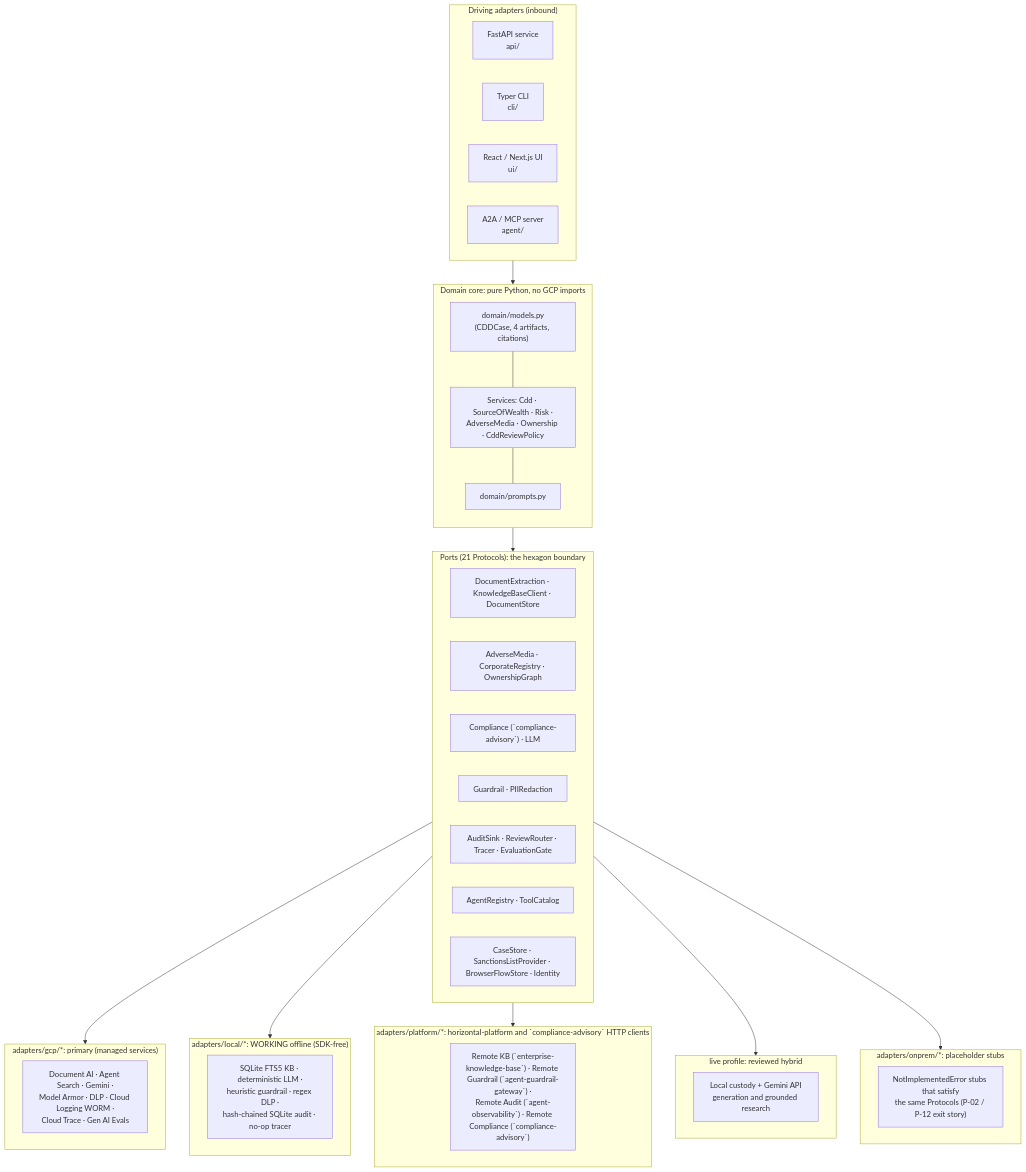
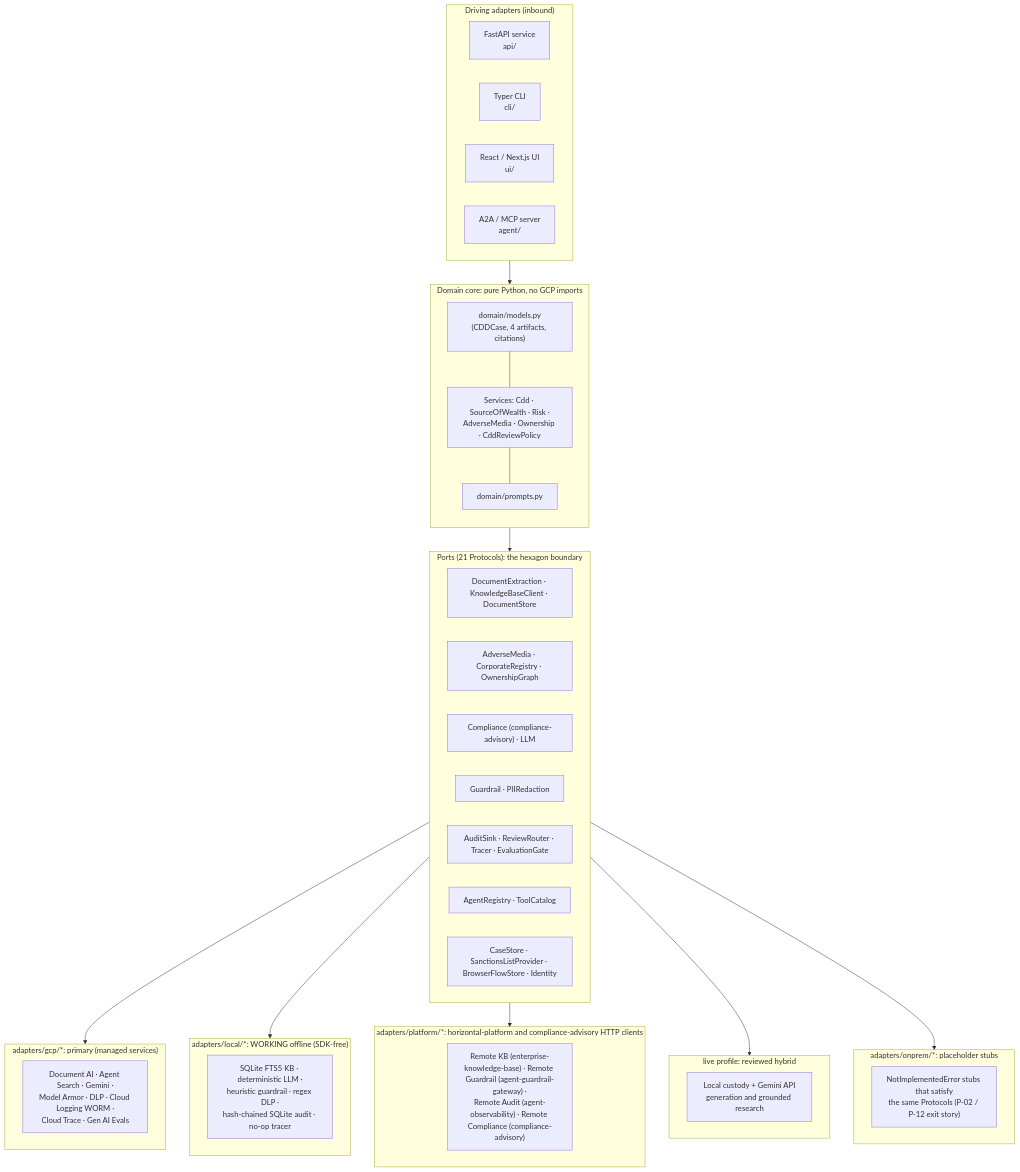
One commit to portable-genai/cdd-sow-research changed the first of 3 diagrams in README.md. Above: the diagram before and after it, drawn with Mermaid. The commit also changed other lines of this file and 24 other files, not shown here.

````diff
--- a/README.md
+++ b/README.md
@@ -64,51 +64,51 @@
 ```mermaid
 flowchart TB
     subgraph edges["Driving adapters (inbound)"]
         API["FastAPI service<br/>api/"]
         CLI["Typer CLI<br/>cli/"]
         UI["React / Next.js UI<br/>ui/"]
         A2A["A2A / MCP server<br/>agent/"]
     end
 
     subgraph core["Domain core: pure Python, no GCP imports"]
         direction TB
         MODELS["domain/models.py<br/>(CDDCase, 4 artifacts, citations)"]
         SVCS["Services: Cdd · SourceOfWealth · Risk ·<br/>AdverseMedia · Ownership · CddReviewPolicy"]
         PROMPTS["domain/prompts.py"]
         MODELS --- SVCS --- PROMPTS
     end
 
     subgraph ports["Ports (21 Protocols): the hexagon boundary"]
         P1["DocumentExtraction · KnowledgeBaseClient · DocumentStore"]
         P2["AdverseMedia · CorporateRegistry · OwnershipGraph"]
-        P3["Compliance (`compliance-advisory`) · LLM"]
+        P3["Compliance (compliance-advisory) · LLM"]
         P4["Guardrail · PIIRedaction"]
         P5["AuditSink · ReviewRouter · Tracer · EvaluationGate"]
         P6["AgentRegistry · ToolCatalog"]
         P7["CaseStore · SanctionsListProvider · BrowserFlowStore · Identity"]
     end
 
     subgraph gcp["adapters/gcp/*: primary (managed services)"]
         G["Document AI · Agent Search · Gemini ·<br/>Model Armor · DLP · Cloud Logging WORM ·<br/>Cloud Trace · Gen AI Evals"]
     end
     subgraph loc["adapters/local/*: WORKING offline (SDK-free)"]
         LO["SQLite FTS5 KB · deterministic LLM ·<br/>heuristic guardrail · regex DLP ·<br/>hash-chained SQLite audit · no-op tracer"]
     end
-    subgraph plat["adapters/platform/*: horizontal-platform and `compliance-advisory` HTTP clients"]
-        PL["Remote KB (`enterprise-knowledge-base`) · Remote Guardrail (`agent-guardrail-gateway`) ·<br/>Remote Audit (`agent-observability`) · Remote Compliance (`compliance-advisory`)"]
+    subgraph plat["adapters/platform/*: horizontal-platform and compliance-advisory HTTP clients"]
+        PL["Remote KB (enterprise-knowledge-base) · Remote Guardrail (agent-guardrail-gateway) ·<br/>Remote Audit (agent-observability) · Remote Compliance (compliance-advisory)"]
     end
     subgraph liv["live profile: reviewed hybrid"]
         LI["Local custody + Gemini API<br/>generation and grounded research"]
     end
     subgraph onp["adapters/onprem/*: placeholder stubs"]
         ON["NotImplementedError stubs that satisfy<br/>the same Protocols (P-02 / P-12 exit story)"]
     end
 
     edges --> core
     core --> ports
     ports --> gcp
     ports --> loc
     ports --> plat
     ports --> liv
     ports --> onp
 ```
````
